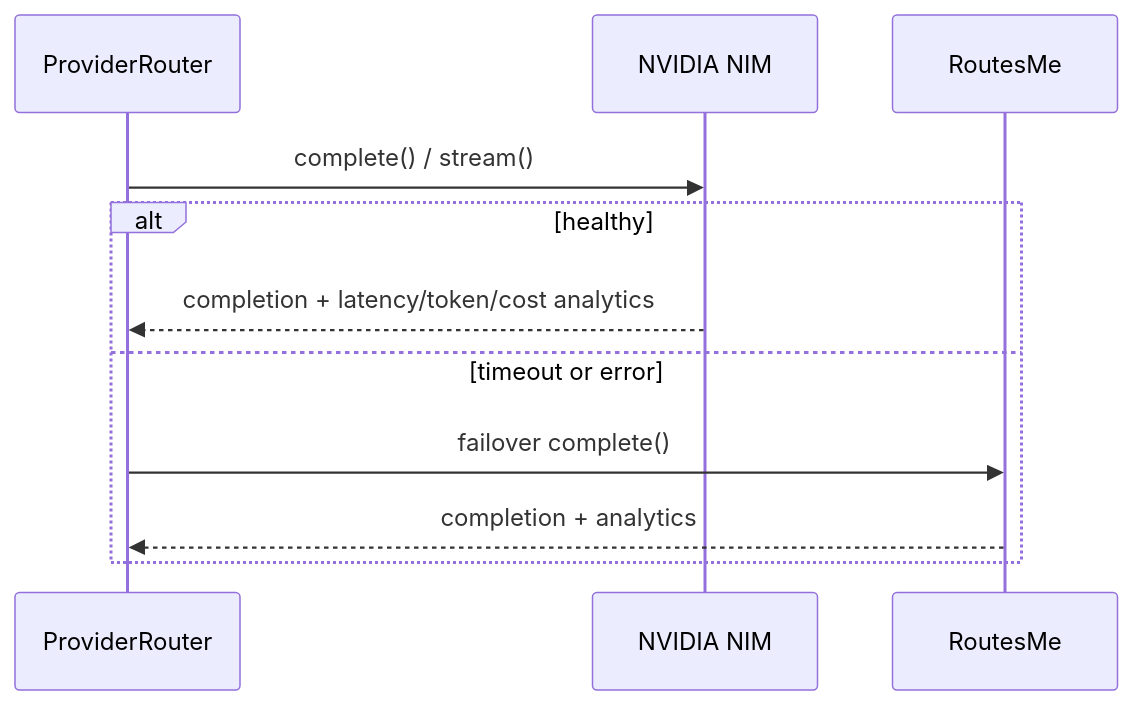
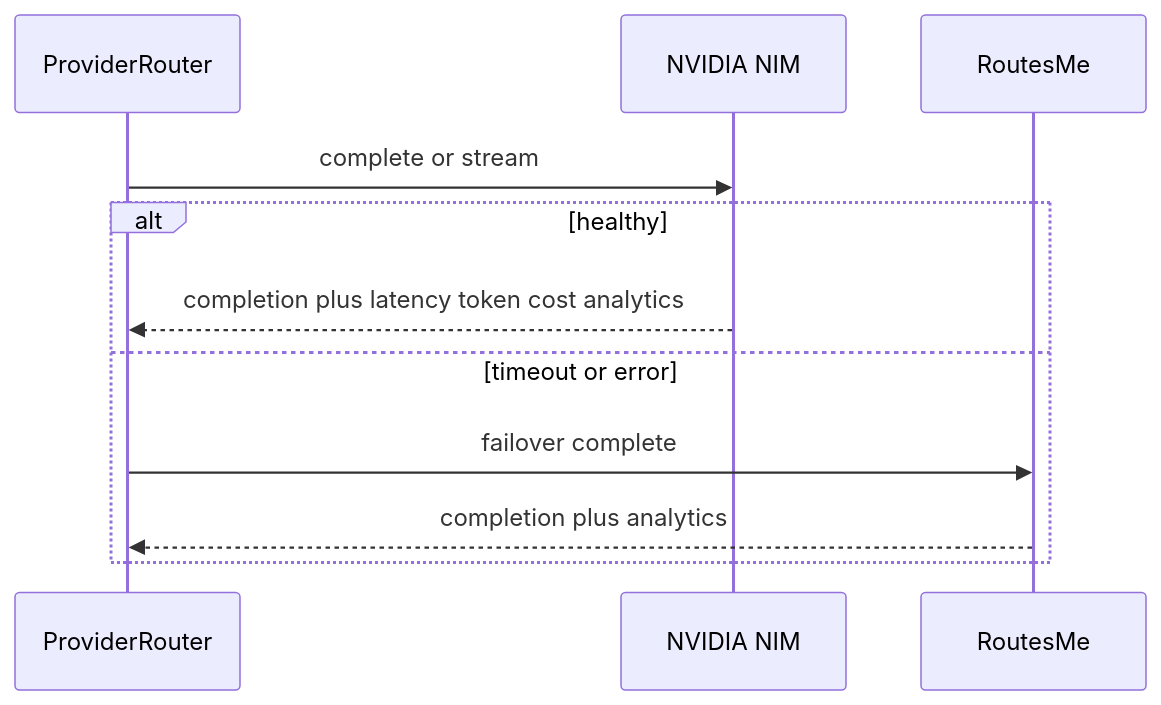
The seventh of 18 diagrams in README.md (MrDecryptDecipher/EmilyOS), drawn with Mermaid before and after one commit. The commit also changed other lines of this file and 1 other file, not shown here.

First line of the commit message:
docs: fix Mermaid rendering on GitHub + add inline launch-film GIF

````diff
--- a/README.md
+++ b/README.md
@@ -234,13 +241,13 @@
 ```mermaid
 sequenceDiagram
   participant R as ProviderRouter
   participant N as NVIDIA NIM
   participant S as RoutesMe
-  R->>N: complete() / stream()
+  R->>N: complete or stream
   alt healthy
-    N-->>R: completion + latency/token/cost analytics
+    N-->>R: completion plus latency token cost analytics
   else timeout or error
-    R->>S: failover complete()
-    S-->>R: completion + analytics
+    R->>S: failover complete
+    S-->>R: completion plus analytics
   end
 ```
````
